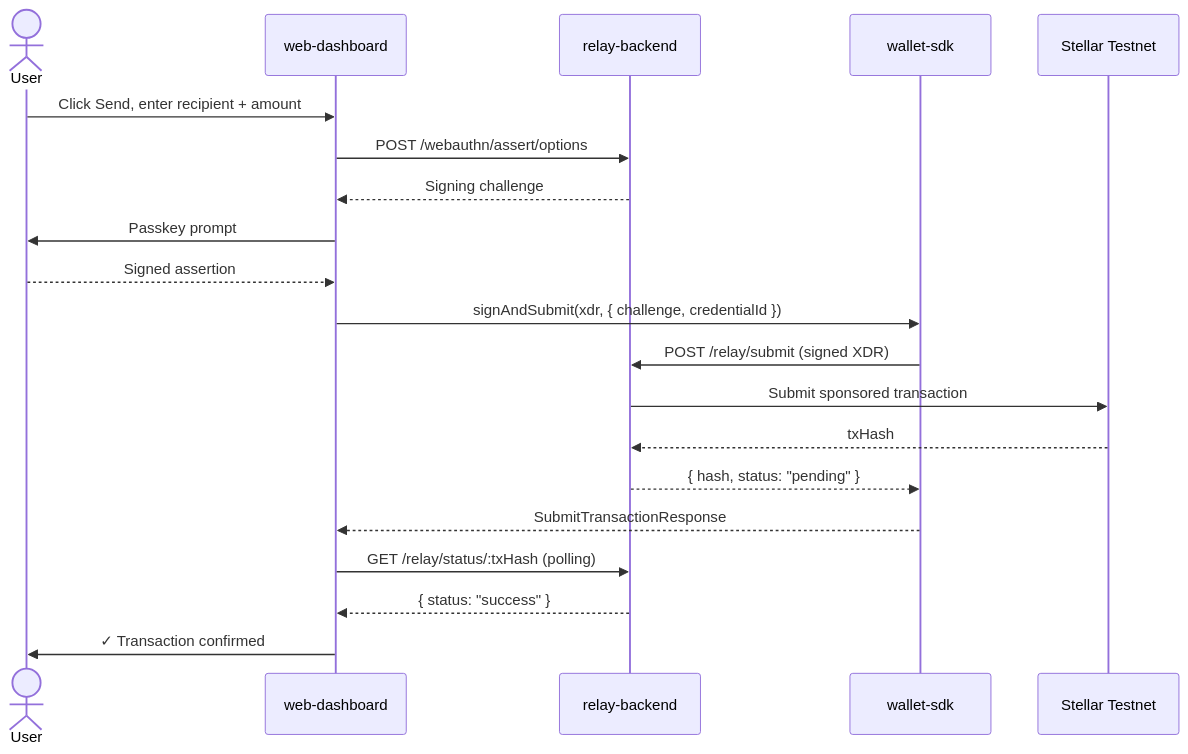
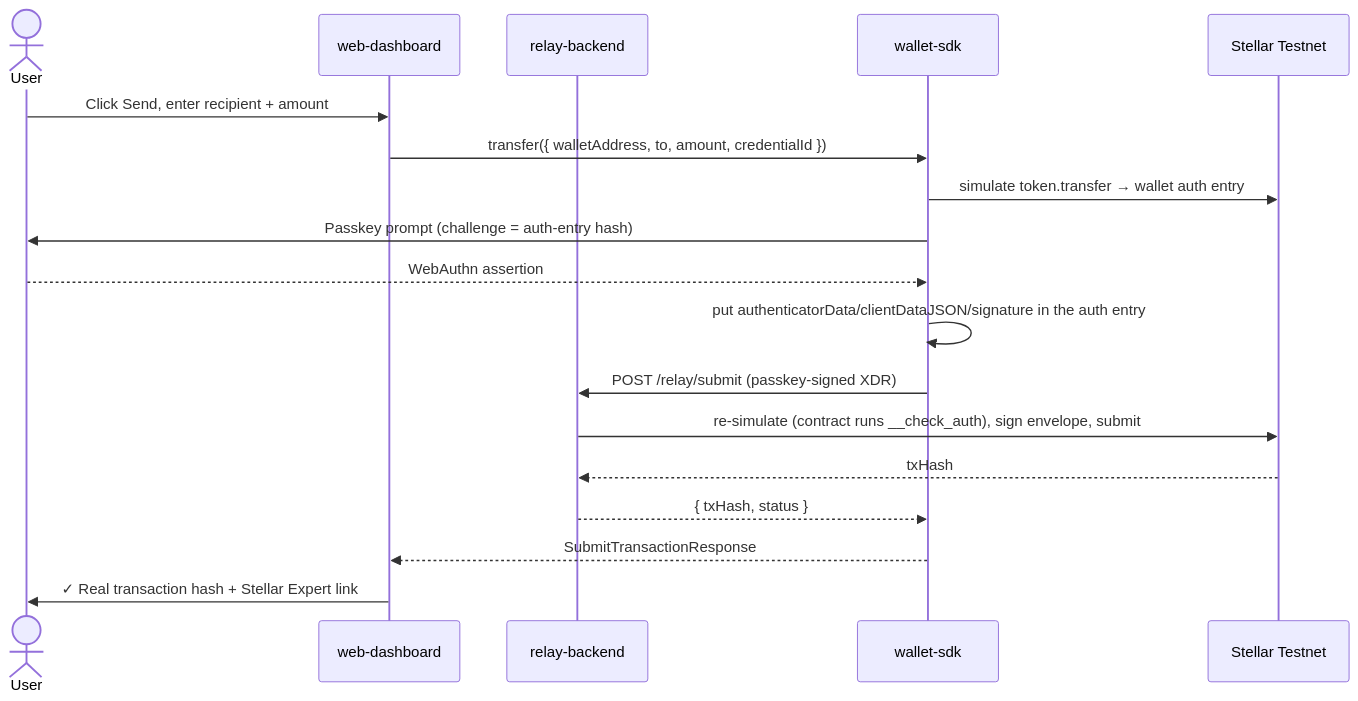
The third of 4 diagrams in README.md (Rayos-Org/web-dashboard), drawn with Mermaid before and after one commit. The commit also changed other lines of this file and 2 other files, not shown here.

Commit message:
feat(docs): update README and architecture documentation to reflect Soroban RPC integration and wallet contract details

````diff
--- a/README.md
+++ b/README.md
@@ -211,23 +214,21 @@
 ```mermaid
 sequenceDiagram
     actor User
     participant UI as web-dashboard
     participant BE as relay-backend
     participant SDK as wallet-sdk
     participant Chain as Stellar Testnet
 
     User->>UI: Click Send, enter recipient + amount
-    UI->>BE: POST /webauthn/assert/options
-    BE-->>UI: Signing challenge
-    UI->>User: Passkey prompt
-    User-->>UI: Signed assertion
-    UI->>SDK: signAndSubmit(xdr, { challenge, credentialId })
-    SDK->>BE: POST /relay/submit (signed XDR)
-    BE->>Chain: Submit sponsored transaction
+    UI->>SDK: transfer({ walletAddress, to, amount, credentialId })
+    SDK->>Chain: simulate token.transfer → wallet auth entry
+    SDK->>User: Passkey prompt (challenge = auth-entry hash)
+    User-->>SDK: WebAuthn assertion
+    SDK->>SDK: put authenticatorData/clientDataJSON/signature in the auth entry
+    SDK->>BE: POST /relay/submit (passkey-signed XDR)
+    BE->>Chain: re-simulate (contract runs __check_auth), sign envelope, submit
     Chain-->>BE: txHash
-    BE-->>SDK: { hash, status: "pending" }
+    BE-->>SDK: { txHash, status }
     SDK-->>UI: SubmitTransactionResponse
-    UI->>BE: GET /relay/status/:txHash (polling)
-    BE-->>UI: { status: "success" }
-    UI->>User: ✓ Transaction confirmed
+    UI->>User: ✓ Real transaction hash + Stellar Expert link
 ```
````
